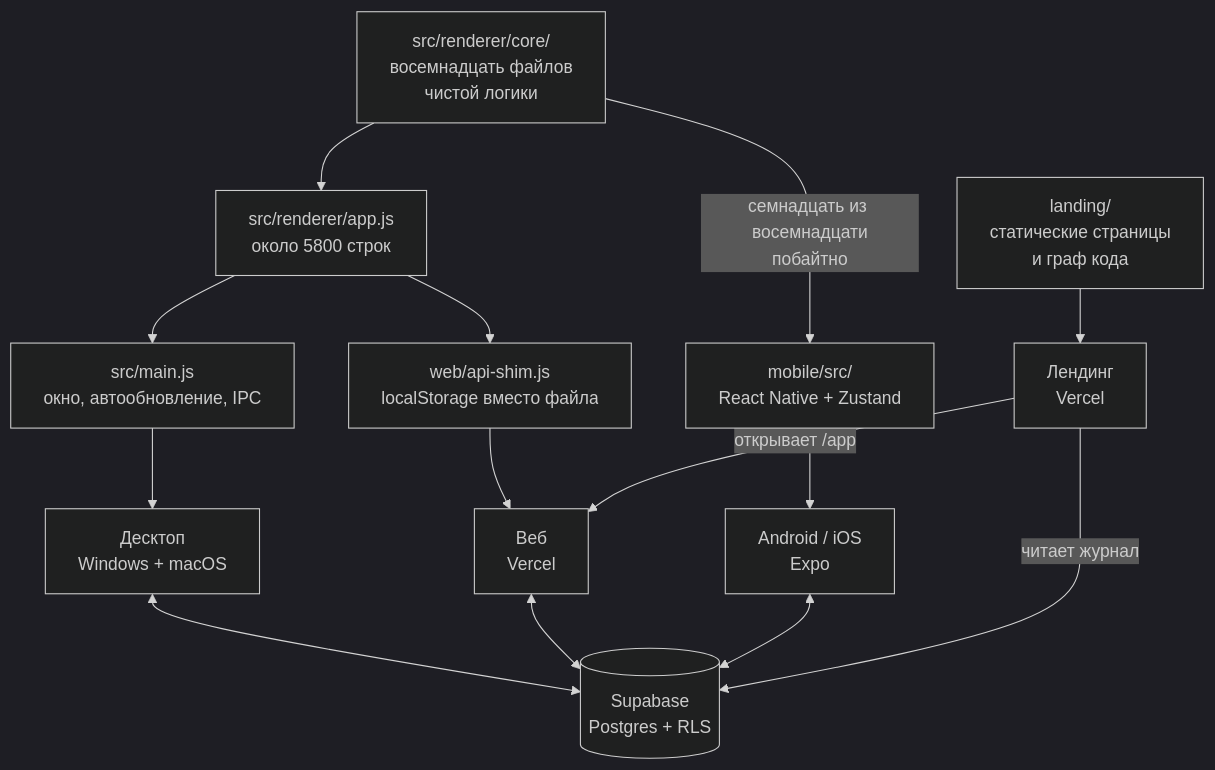
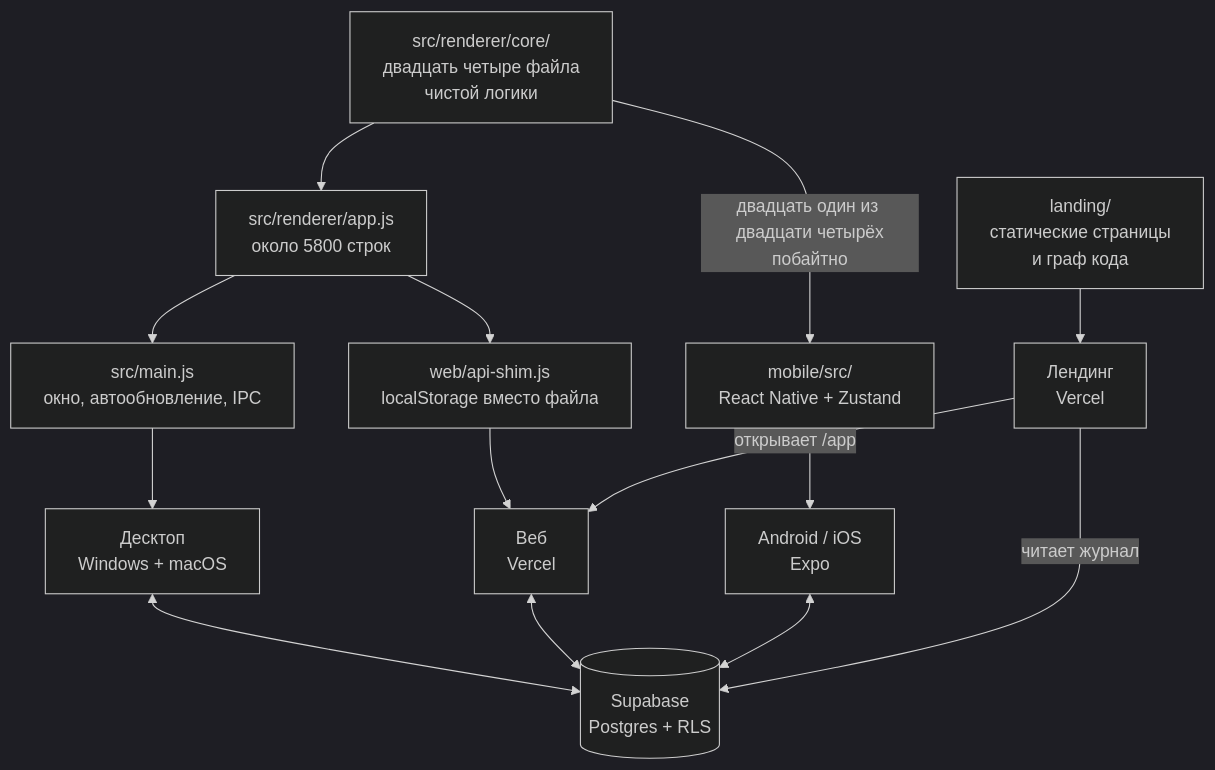
Before and after one commit to lancibleofficial/Lancible: the first of 3 diagrams in ARCHITECTURE.md, drawn with Mermaid (dark theme). The commit also changed other lines of this file and 38 other files, not shown here.

````diff
--- a/ARCHITECTURE.md
+++ b/ARCHITECTURE.md
@@ -33,26 +33,26 @@
 ```mermaid
 graph TD
-    CORE["src/renderer/core/<br/>восемнадцать файлов<br/>чистой логики"]
+    CORE["src/renderer/core/<br/>двадцать четыре файла<br/>чистой логики"]
 
     APP["src/renderer/app.js<br/>около 5800 строк"]
     MAIN["src/main.js<br/>окно, автообновление, IPC"]
     SHIM["web/api-shim.js<br/>localStorage вместо файла"]
     MOB["mobile/src/<br/>React Native + Zustand"]
     LAND["landing/<br/>статические страницы<br/>и граф кода"]
 
     CORE --> APP
-    CORE -->|"семнадцать из восемнадцати<br/>побайтно"| MOB
+    CORE -->|"двадцать один из двадцати четырёх<br/>побайтно"| MOB
     APP --> MAIN
     APP --> SHIM
     MAIN --> DESK["Десктоп<br/>Windows + macOS"]
     SHIM --> WEB["Веб<br/>Vercel"]
     MOB --> ANDROID["Android / iOS<br/>Expo"]
     LAND --> SITE["Лендинг<br/>Vercel"]
 
     SB[("Supabase<br/>Postgres + RLS")]
     DESK <--> SB
     WEB <--> SB
     ANDROID <--> SB
     SITE -->|"читает журнал"| SB
     SITE -->|"открывает /app"| WEB
 ```
````
